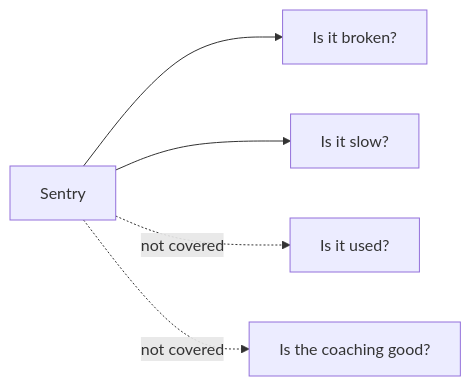
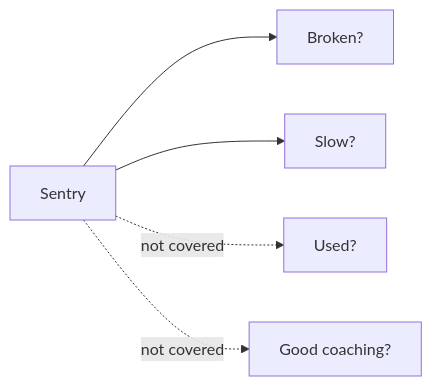
The diagram in docs/eng-docs/ops-monitoring-dashboard.md (sibling-shipyard/coach-hq), drawn with Mermaid before and after one commit. The commit also changed other lines of this file and 2 other files, not shown here.

Commit message:
core: simplify monitoring queue and consolidate Sentry docs (#585)

````diff
--- a/docs/eng-docs/ops-monitoring-dashboard.md
+++ b/docs/eng-docs/ops-monitoring-dashboard.md
@@ -13,7 +10,7 @@
 ```mermaid
 flowchart LR
-  S["Sentry"] --> A["Is it broken?"]
-  S --> B["Is it slow?"]
-  S -.->|"not covered"| C["Is it used?"]
-  S -.->|"not covered"| D["Is the coaching good?"]
+  S["Sentry"] --> B["Broken?"]
+  S --> L["Slow?"]
+  S -.->|"not covered"| U["Used?"]
+  S -.->|"not covered"| Q["Good coaching?"]
 ```
````
